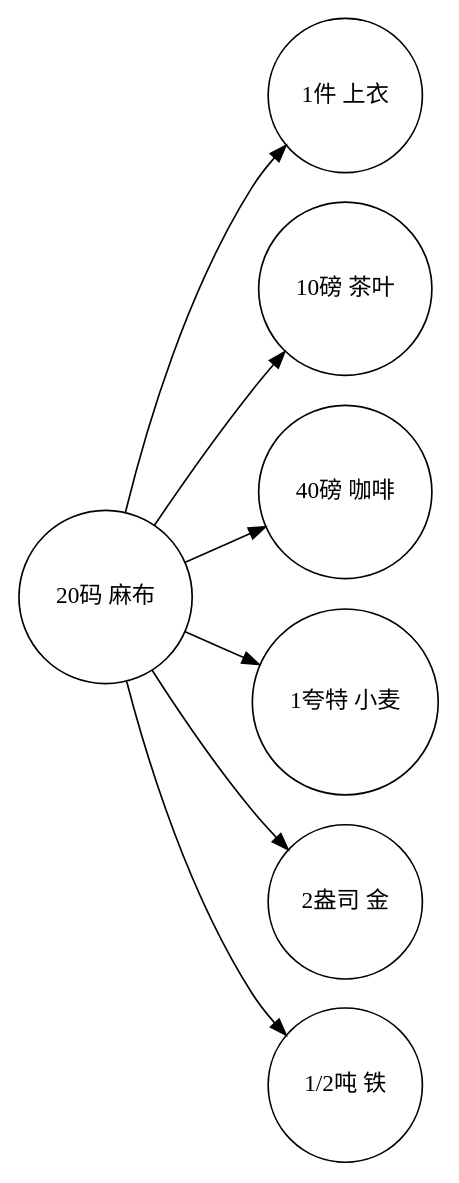
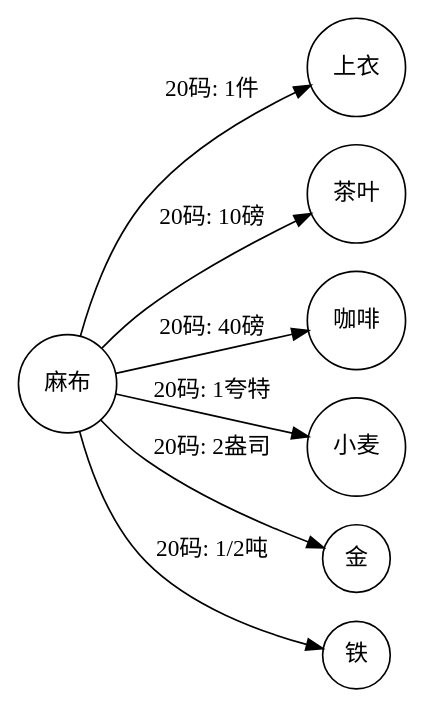
The diagram in 资本的生产过程/价值形式理论/价值形式/graphs_generated/total.dot (Wangsutan/Kapital), drawn with Graphviz before and after one commit. The commit also changed 34 other files, not shown here.

Commit message:
检查图的性质

```diff
--- a/资本的生产过程/价值形式理论/价值形式/graphs_generated/total.dot
+++ b/资本的生产过程/价值形式理论/价值形式/graphs_generated/total.dot
@@ -1,10 +1,10 @@
 digraph 价值形式理论 {
     rankdir=LR;
     node [shape=circle];
-    "20码 麻布" -> "1件 上衣";
-    "20码 麻布" -> "10磅 茶叶";
-    "20码 麻布" -> "40磅 咖啡";
-    "20码 麻布" -> "1夸特 小麦";
-    "20码 麻布" -> "2盎司 金";
-    "20码 麻布" -> "1/2吨 铁";
+    "麻布" -> "上衣" [label="20码: 1件"];
+    "麻布" -> "茶叶" [label="20码: 10磅"];
+    "麻布" -> "咖啡" [label="20码: 40磅"];
+    "麻布" -> "小麦" [label="20码: 1夸特"];
+    "麻布" -> "金" [label="20码: 2盎司"];
+    "麻布" -> "铁" [label="20码: 1/2吨"];
 }
```
